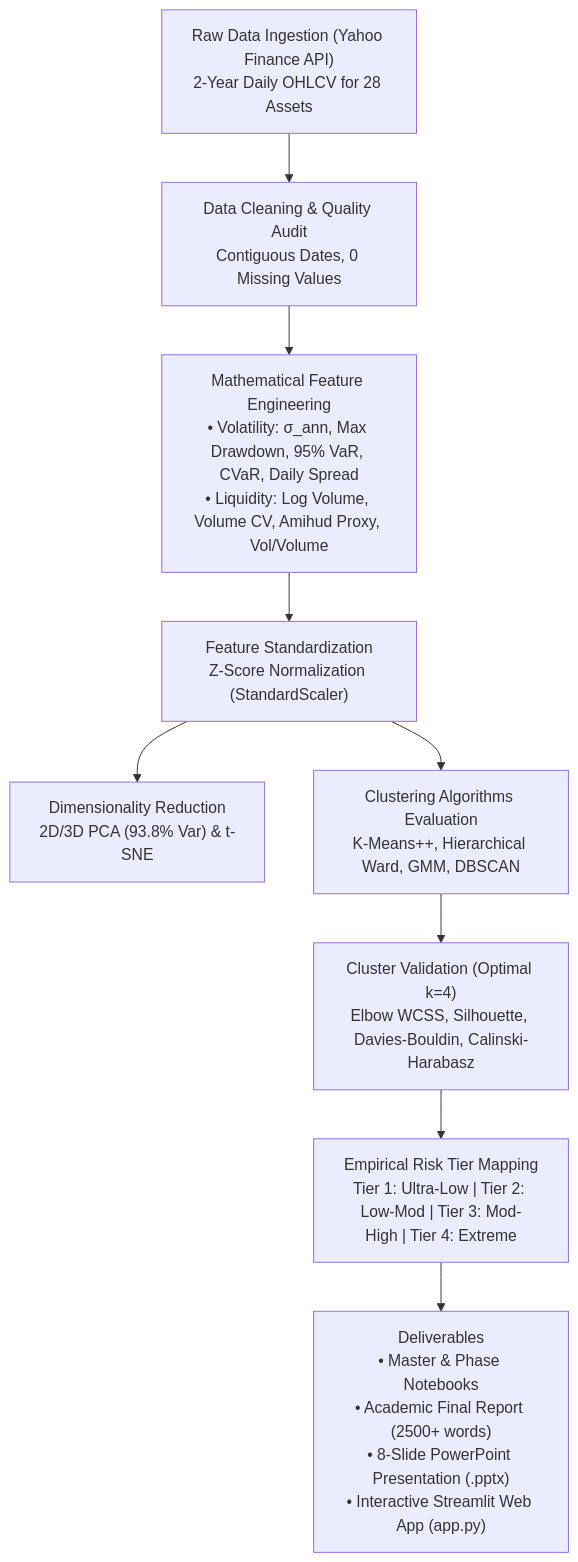
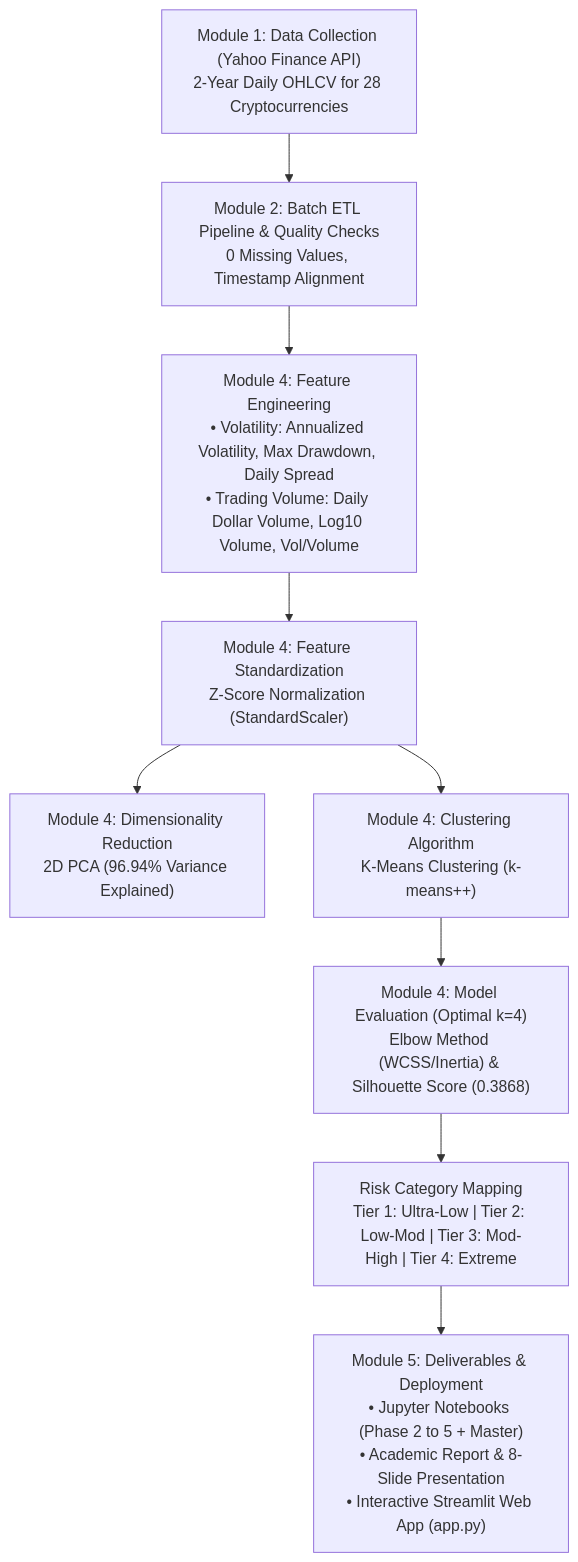
One commit to thanishasrao/Cryptocurrency-Risk-Analysis changed the diagram in README.md. Above: the diagram before and after it, drawn with Mermaid. The commit also changed other lines of this file and 8 other files, not shown here.

````diff
--- a/README.md
+++ b/README.md
@@ -25,24 +25,23 @@
 ```mermaid
 flowchart TD
-    A["Raw Data Ingestion (Yahoo Finance API)
-2-Year Daily OHLCV for 28 Assets"] --> B["Data Cleaning & Quality Audit
-Contiguous Dates, 0 Missing Values"]
-    B --> C["Mathematical Feature Engineering
-• Volatility: σ_ann, Max Drawdown, 95% VaR, CVaR, Daily Spread
-• Liquidity: Log Volume, Volume CV, Amihud Proxy, Vol/Volume"]
-    C --> D["Feature Standardization
+    A["Module 1: Data Collection (Yahoo Finance API)
+2-Year Daily OHLCV for 28 Cryptocurrencies"] --> B["Module 2: Batch ETL Pipeline & Quality Checks
+0 Missing Values, Timestamp Alignment"]
+    B --> C["Module 4: Feature Engineering
+• Volatility: Annualized Volatility, Max Drawdown, Daily Spread
+• Trading Volume: Daily Dollar Volume, Log10 Volume, Vol/Volume"]
+    C --> D["Module 4: Feature Standardization
 Z-Score Normalization (StandardScaler)"]
-    D --> E["Dimensionality Reduction
-2D/3D PCA (93.8% Var) & t-SNE"]
-    D --> F["Clustering Algorithms Evaluation
-K-Means++, Hierarchical Ward, GMM, DBSCAN"]
-    F --> G["Cluster Validation (Optimal k=4)
-Elbow WCSS, Silhouette, Davies-Bouldin, Calinski-Harabasz"]
-    G --> H["Empirical Risk Tier Mapping
+    D --> E["Module 4: Dimensionality Reduction
+2D PCA (96.94% Variance Explained)"]
+    D --> F["Module 4: Clustering Algorithm
+K-Means Clustering (k-means++)"]
+    F --> G["Module 4: Model Evaluation (Optimal k=4)
+Elbow Method (WCSS/Inertia) & Silhouette Score (0.3868)"]
+    G --> H["Risk Category Mapping
 Tier 1: Ultra-Low | Tier 2: Low-Mod | Tier 3: Mod-High | Tier 4: Extreme"]
-    H --> I["Deliverables
-• Master & Phase Notebooks
-• Academic Final Report (2500+ words)
-• 8-Slide PowerPoint Presentation (.pptx)
+    H --> I["Module 5: Deliverables & Deployment
+• Jupyter Notebooks (Phase 2 to 5 + Master)
+• Academic Report & 8-Slide Presentation
 • Interactive Streamlit Web App (app.py)"]
 ```
````
